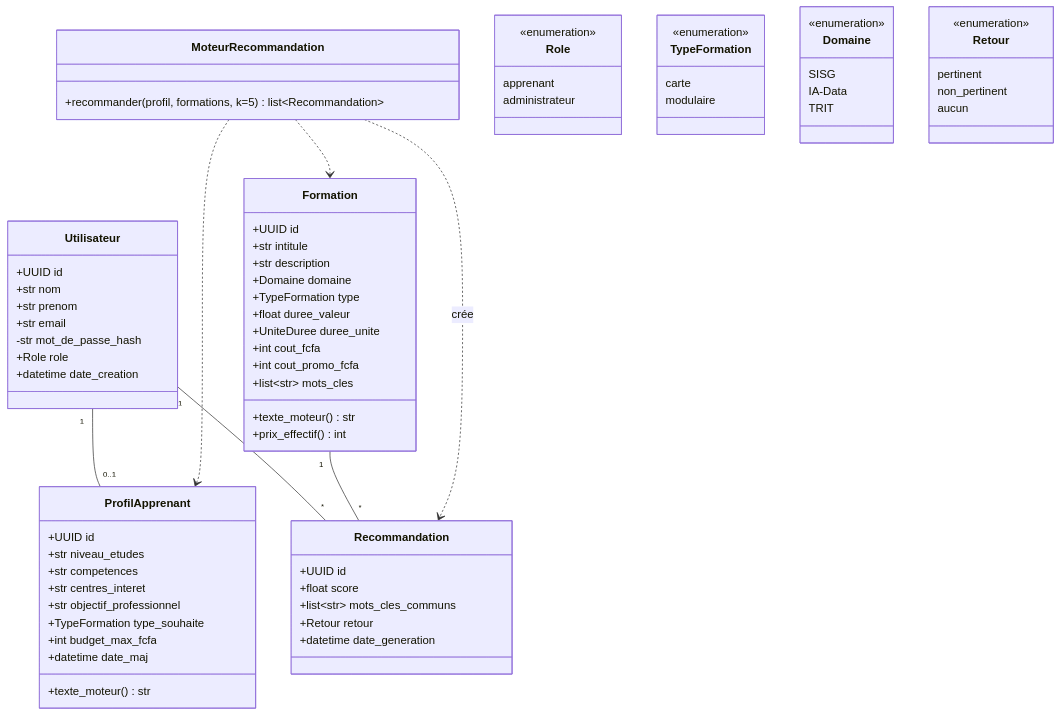
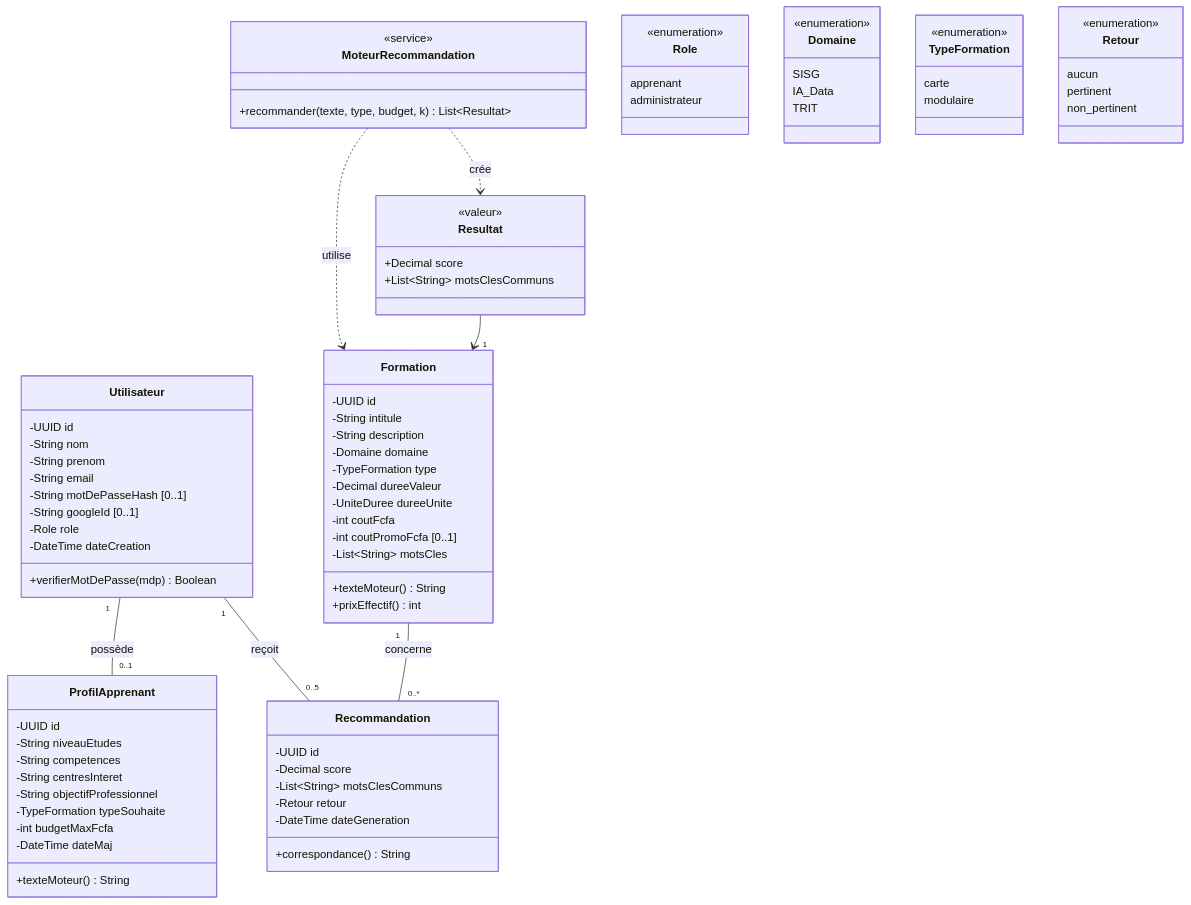
Before and after one commit to martial-300/plateforme-formations-hitt: the second of 8 diagrams in docs/uml.md, drawn with Mermaid. The commit also changed other lines of this file and 10 other files, not shown here.

First line of the commit message:
docs(uml): 8 diagrammes UML à jour, Mermaid et sources PlantUML (RF-01 à RF-13)

````diff
--- a/docs/uml.md
+++ b/docs/uml.md
@@ -38,76 +66,85 @@
 ```mermaid
 classDiagram
     class Utilisateur {
-        +UUID id
-        +str nom
-        +str prenom
-        +str email
-        -str mot_de_passe_hash
-        +Role role
-        +datetime date_creation
+        -UUID id
+        -String nom
+        -String prenom
+        -String email
+        -String motDePasseHash [0..1]
+        -String googleId [0..1]
+        -Role role
+        -DateTime dateCreation
+        +verifierMotDePasse(mdp) Boolean
     }
     class ProfilApprenant {
-        +UUID id
-        +str niveau_etudes
-        +str competences
-        +str centres_interet
-        +str objectif_professionnel
-        +TypeFormation type_souhaite
-        +int budget_max_fcfa
-        +datetime date_maj
-        +texte_moteur() str
+        -UUID id
+        -String niveauEtudes
+        -String competences
+        -String centresInteret
+        -String objectifProfessionnel
+        -TypeFormation typeSouhaite
+        -int budgetMaxFcfa
+        -DateTime dateMaj
+        +texteMoteur() String
     }
     class Formation {
-        +UUID id
-        +str intitule
-        +str description
-        +Domaine domaine
-        +TypeFormation type
-        +float duree_valeur
-        +UniteDuree duree_unite
-        +int cout_fcfa
-        +int cout_promo_fcfa
-        +list~str~ mots_cles
-        +texte_moteur() str
-        +prix_effectif() int
+        -UUID id
+        -String intitule
+        -String description
+        -Domaine domaine
+        -TypeFormation type
+        -Decimal dureeValeur
+        -UniteDuree dureeUnite
+        -int coutFcfa
+        -int coutPromoFcfa [0..1]
+        -List~String~ motsCles
+        +texteMoteur() String
+        +prixEffectif() int
     }
     class Recommandation {
-        +UUID id
-        +float score
-        +list~str~ mots_cles_communs
-        +Retour retour
-        +datetime date_generation
+        -UUID id
+        -Decimal score
+        -List~String~ motsClesCommuns
+        -Retour retour
+        -DateTime dateGeneration
+        +correspondance() String
     }
     class MoteurRecommandation {
-        +recommander(profil, formations, k=5) list~Recommandation~
+        <<service>>
+        +recommander(texte, type, budget, k) List~Resultat~
+    }
+    class Resultat {
+        <<valeur>>
+        +Decimal score
+        +List~String~ motsClesCommuns
     }
     class Role {
         <<enumeration>>
         apprenant
         administrateur
     }
+    class Domaine {
+        <<enumeration>>
+        SISG
+        IA_Data
+        TRIT
+    }
     class TypeFormation {
         <<enumeration>>
         carte
         modulaire
     }
-    class Domaine {
-        <<enumeration>>
-        SISG
-        IA-Data
-        TRIT
-    }
     class Retour {
         <<enumeration>>
+        aucun
         pertinent
         non_pertinent
-        aucun
     }
 
-    Utilisateur "1" -- "0..1" ProfilApprenant
-    Utilisateur "1" -- "*" Recommandation
-    Formation "1" -- "*" Recommandation
-    MoteurRecommandation ..> ProfilApprenant
-    MoteurRecommandation ..> Formation
-    MoteurRecommandation ..> Recommandation : crée
+    Utilisateur "1" -- "0..1" ProfilApprenant : possède
+    Utilisateur "1" -- "0..5" Recommandation : reçoit
+    Formation "1" -- "0..*" Recommandation : concerne
+    MoteurRecommandation ..> Formation : utilise
+    MoteurRecommandation ..> Resultat : crée
+    Resultat --> "1" Formation
 ```
````
